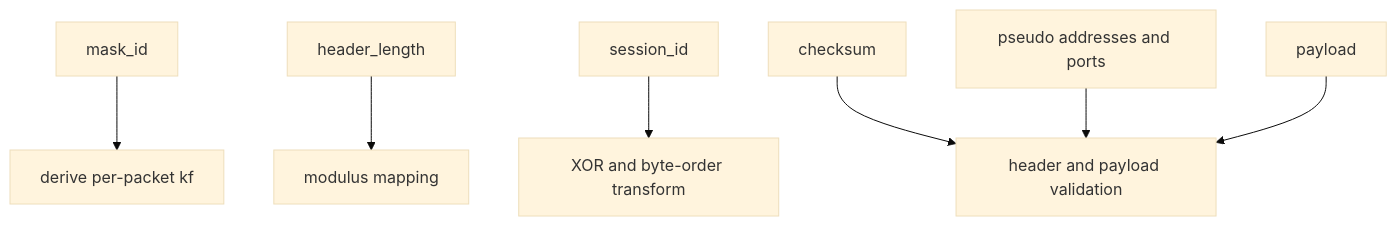
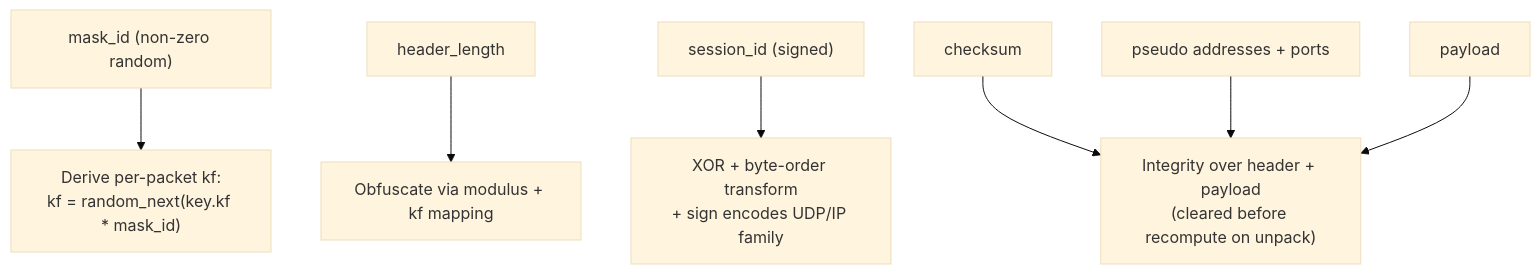
The fifth of 8 diagrams in docs/PACKET_FORMATS.md (HyacinthHaru/openppp2), drawn with Mermaid (base theme) before and after one commit. The commit also changed other lines of this file and 93 other files, not shown here.

````diff
--- a/docs/PACKET_FORMATS.md
+++ b/docs/PACKET_FORMATS.md
@@ -124,9 +181,9 @@
 ```mermaid
 flowchart TD
-    A[mask_id] --> B[derive per-packet kf]
-    C[header_length] --> D[modulus mapping]
-    E[session_id] --> F[XOR and byte-order transform]
-    G[checksum] --> H[header and payload validation]
-    I[pseudo addresses and ports] --> H
-    J[payload] --> H
+    A["mask_id (non-zero random)"] --> B["Derive per-packet kf:\nkf = random_next(key.kf * mask_id)"]
+    C["header_length"] --> D["Obfuscate via modulus + kf mapping"]
+    E["session_id (signed)"] --> F["XOR + byte-order transform\n+ sign encodes UDP/IP family"]
+    G["checksum"] --> H["Integrity over header + payload\n(cleared before recompute on unpack)"]
+    I["pseudo addresses + ports"] --> H
+    J["payload"] --> H
 ```
````
